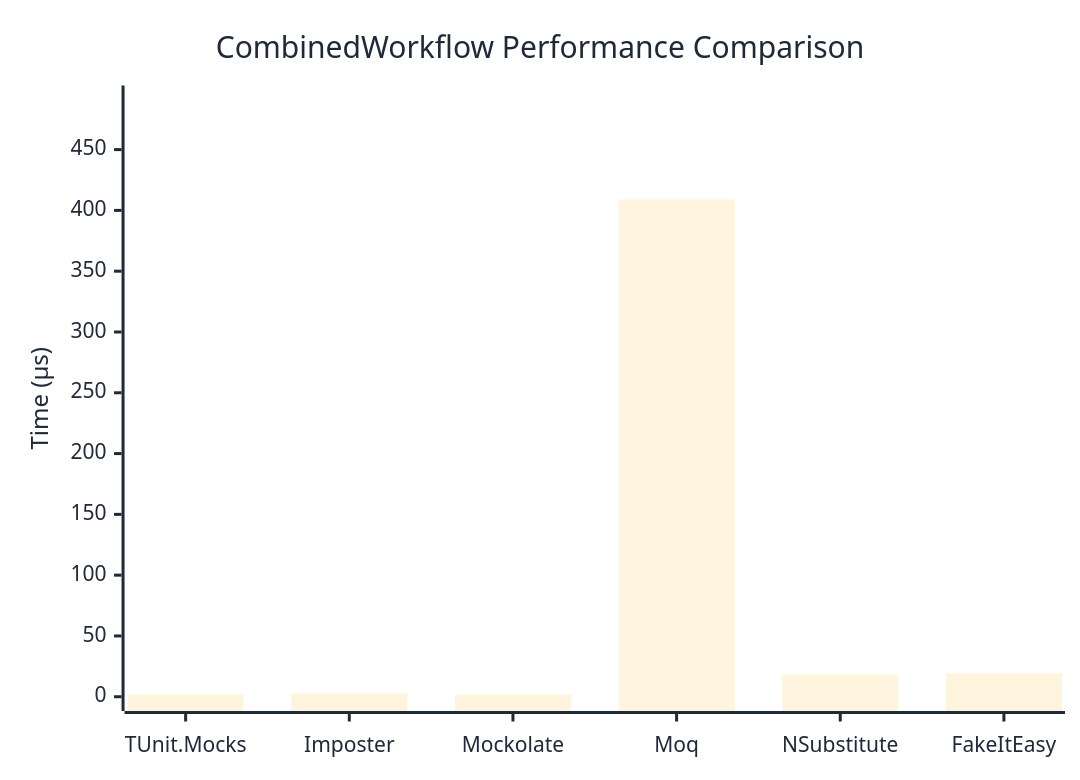
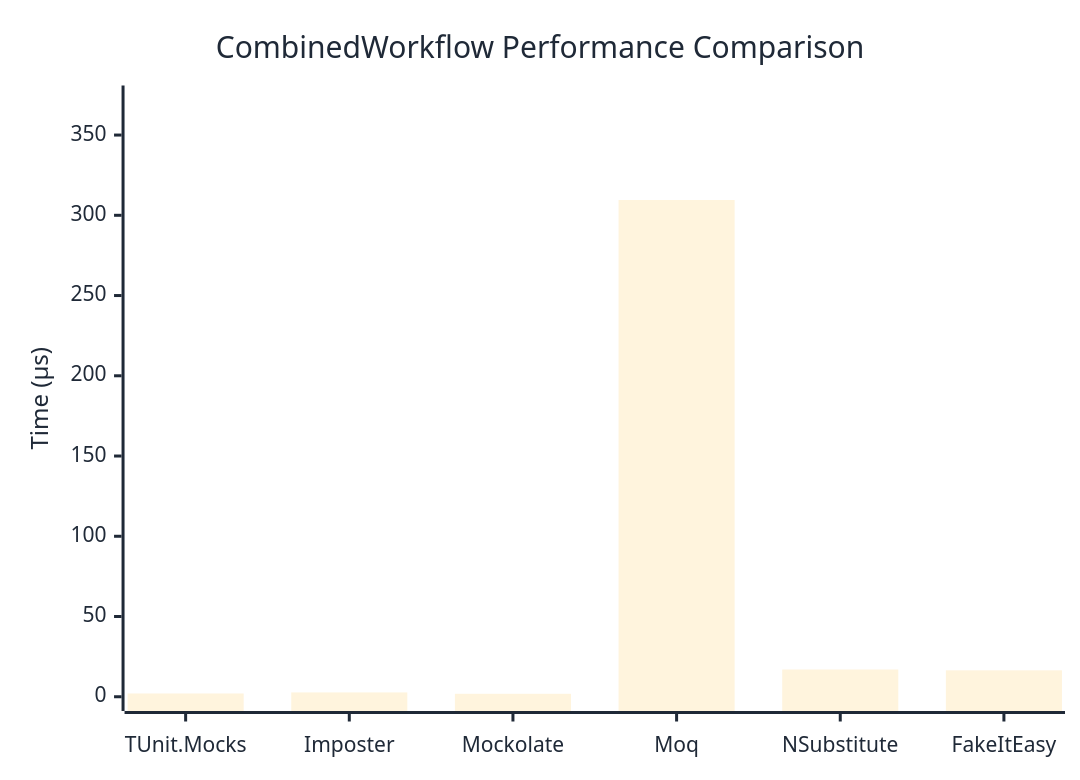
The diagram in docs/docs/benchmarks/mocks/CombinedWorkflow.md (thomhurst/TUnit), drawn with Mermaid before and after one commit. The commit also changed other lines of this file and 14 other files, not shown here.

````diff
--- a/docs/docs/benchmarks/mocks/CombinedWorkflow.md
+++ b/docs/docs/benchmarks/mocks/CombinedWorkflow.md
@@ -30,27 +30,27 @@
 ```mermaid
 %%{init: {
   'theme':'base',
   'themeVariables': {
     'primaryColor': '#2563eb',
     'primaryTextColor': '#1f2937',
     'primaryBorderColor': '#1e40af',
     'lineColor': '#6b7280',
     'secondaryColor': '#7c3aed',
     'tertiaryColor': '#dc2626',
     'background': '#ffffff',
     'pie1': '#2563eb',
     'pie2': '#7c3aed',
     'pie3': '#dc2626',
     'pie4': '#f59e0b',
     'pie5': '#10b981',
     'pie6': '#06b6d4',
     'pie7': '#ec4899',
     'pie8': '#6366f1'
   }
 }}%%
 xychart-beta
   title "CombinedWorkflow Performance Comparison"
   x-axis ["TUnit.Mocks", "Imposter", "Mockolate", "Moq", "NSubstitute", "FakeItEasy"]
-  y-axis "Time (μs)" 0 --> 491
-  bar [1.92, 2.863, 1.785, 409.033, 18.457, 19.269]
+  y-axis "Time (μs)" 0 --> 372
+  bar [2.043, 2.696, 1.837, 309.533, 16.982, 16.466]
 ```
````
